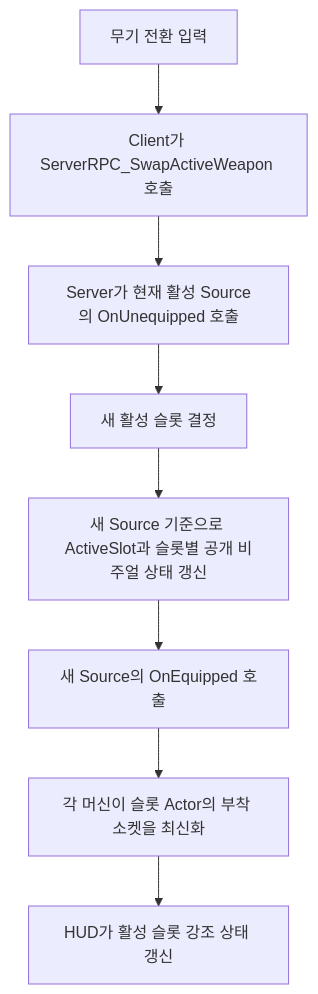
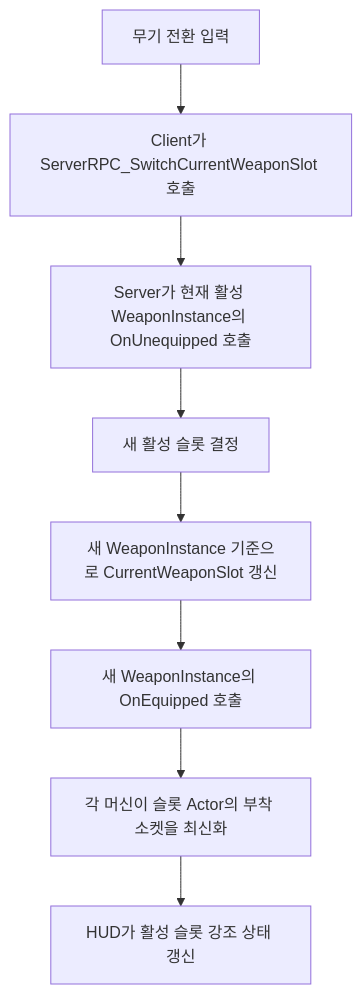
Before and after one commit to TeamApoc/ProjectR: the second of 4 diagrams in Docs/[시스템 기획] 무기_장비.md, drawn with Mermaid. The commit also changed other lines of this file and 18 other files, not shown here.

````diff
--- a/Docs/[시스템 기획] 무기_장비.md
+++ b/Docs/[시스템 기획] 무기_장비.md
@@ -202,10 +207,10 @@
 ```mermaid
 flowchart TD
-    A[무기 전환 입력] --> B[Client가 ServerRPC_SwapActiveWeapon 호출]
-    B --> C[Server가 현재 활성 Source의 OnUnequipped 호출]
+    A[무기 전환 입력] --> B[Client가 ServerRPC_SwitchCurrentWeaponSlot 호출]
+    B --> C[Server가 현재 활성 WeaponInstance의 OnUnequipped 호출]
     C --> D[새 활성 슬롯 결정]
-    D --> E[새 Source 기준으로 ActiveSlot과 슬롯별 공개 비주얼 상태 갱신]
-    E --> F[새 Source의 OnEquipped 호출]
+    D --> E[새 WeaponInstance 기준으로 CurrentWeaponSlot 갱신]
+    E --> F[새 WeaponInstance의 OnEquipped 호출]
     F --> G[각 머신이 슬롯 Actor의 부착 소켓을 최신화]
     G --> H[HUD가 활성 슬롯 강조 상태 갱신]
 ```
````
